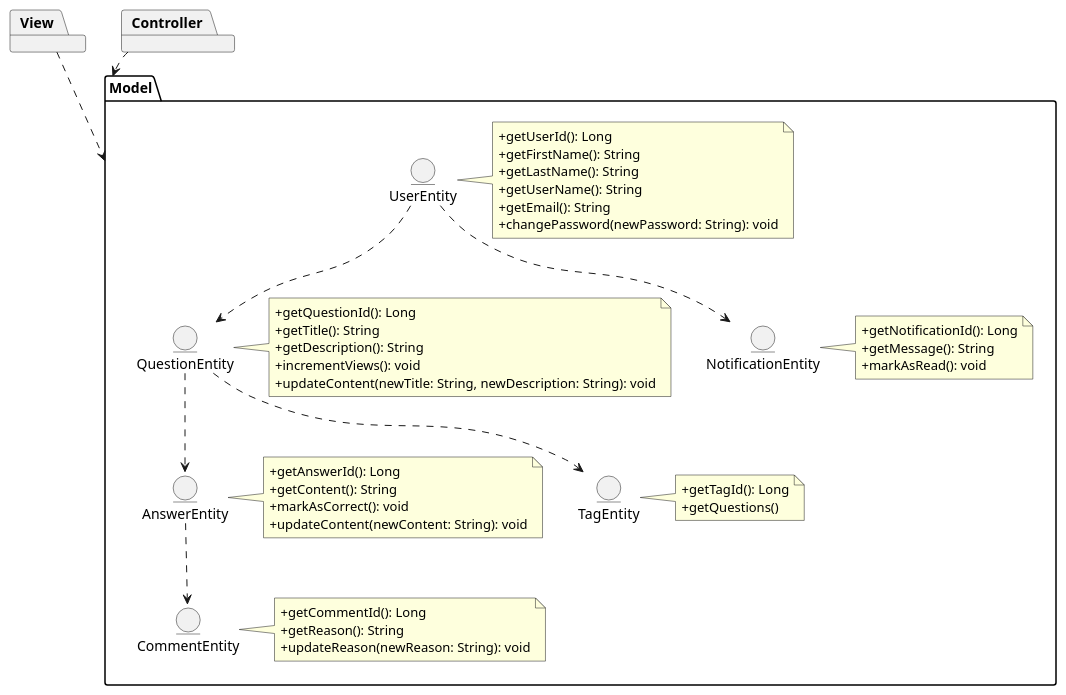
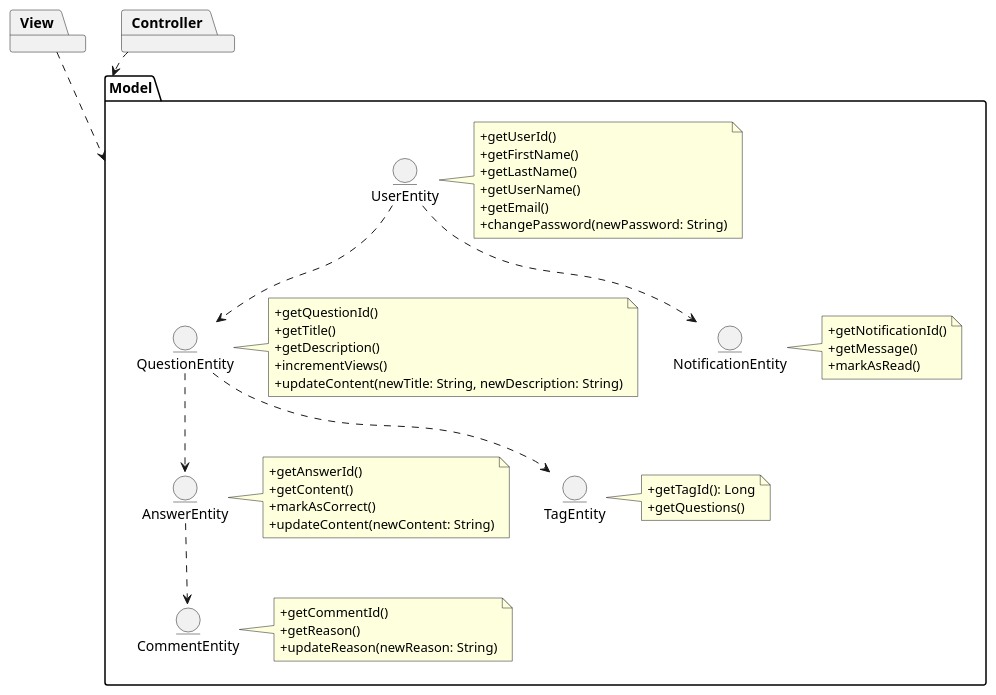
One commit to rafaelacirino/miw-backend-foro changed the diagram in src/main/resources/templates/logic/packageModel.puml. Above: the diagram before and after it, drawn with PlantUML. The commit also changed 7 other files, not shown here.

Commit message:
update and add more diagrams

```diff
--- a/src/main/resources/templates/logic/packageModel.puml
+++ b/src/main/resources/templates/logic/packageModel.puml
@@ -1,68 +1,68 @@
 @startuml
 
 package View {
 }
 
 package Controller {
 }
 
 View ..> Model
 Controller ..> Model
 
 package Model {
     entity UserEntity as UserEntity
     note right of UserEntity
-        +getUserId(): Long
-        +getFirstName(): String
-        +getLastName(): String
-        +getUserName(): String
-        +getEmail(): String
-        +changePassword(newPassword: String): void
+        +getUserId()
+        +getFirstName()
+        +getLastName()
+        +getUserName()
+        +getEmail()
+        +changePassword(newPassword: String)
     end note
 
     entity QuestionEntity as QuestionEntity
     note right of QuestionEntity
-        +getQuestionId(): Long
-        +getTitle(): String
-        +getDescription(): String
-        +incrementViews(): void
-        +updateContent(newTitle: String, newDescription: String): void
+        +getQuestionId()
+        +getTitle()
+        +getDescription()
+        +incrementViews()
+        +updateContent(newTitle: String, newDescription: String)
     end note
 
     entity AnswerEntity as AnswerEntity
     note right of AnswerEntity
-        +getAnswerId(): Long
-        +getContent(): String
-        +markAsCorrect(): void
-        +updateContent(newContent: String): void
+        +getAnswerId()
+        +getContent()
+        +markAsCorrect()
+        +updateContent(newContent: String)
     end note
 
     entity CommentEntity as CommentEntity
     note right of CommentEntity
-        +getCommentId(): Long
-        +getReason(): String
-        +updateReason(newReason: String): void
+        +getCommentId()
+        +getReason()
+        +updateReason(newReason: String)
     end note
 
     entity NotificationEntity as NotificationEntity
     note right of NotificationEntity
-        +getNotificationId(): Long
-        +getMessage(): String
-        +markAsRead(): void
+        +getNotificationId()
+        +getMessage()
+        +markAsRead()
     end note
 
     entity TagEntity as TagEntity
         note right of TagEntity
             +getTagId(): Long
             +getQuestions()
         end note
 
     UserEntity ..> QuestionEntity
     QuestionEntity ..> AnswerEntity
     QuestionEntity ..> TagEntity
     AnswerEntity ..> CommentEntity
     UserEntity ..> NotificationEntity
 }
 
 
 @enduml
```
